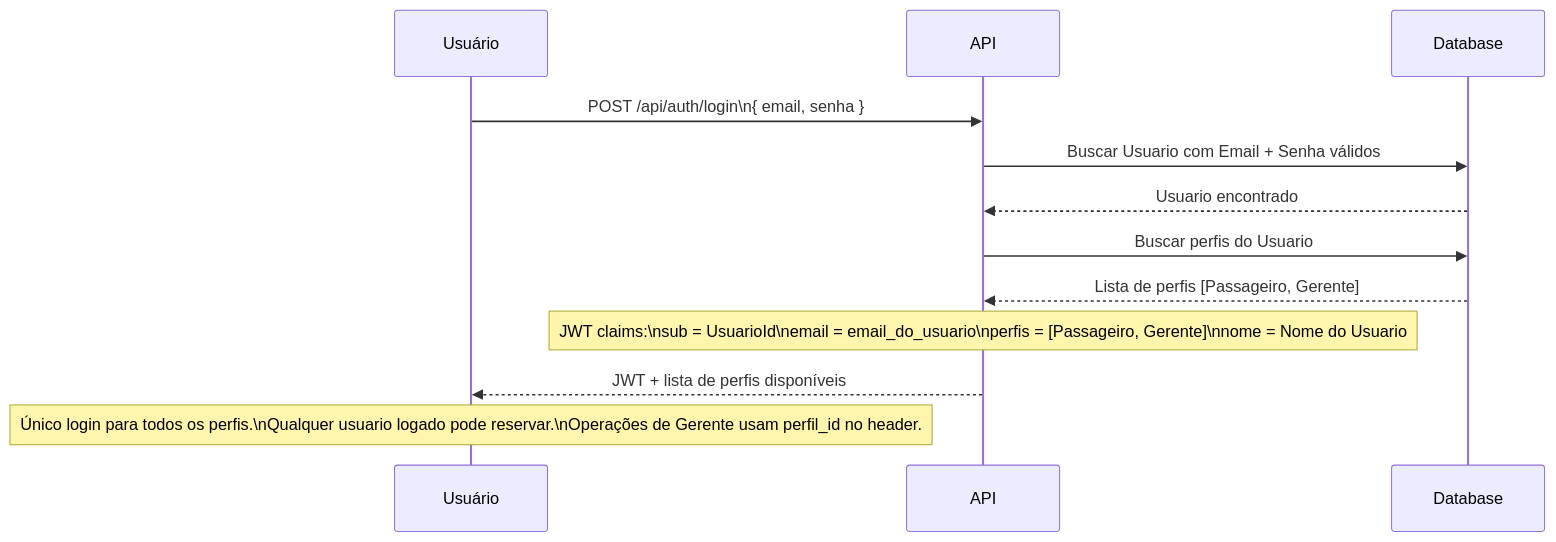
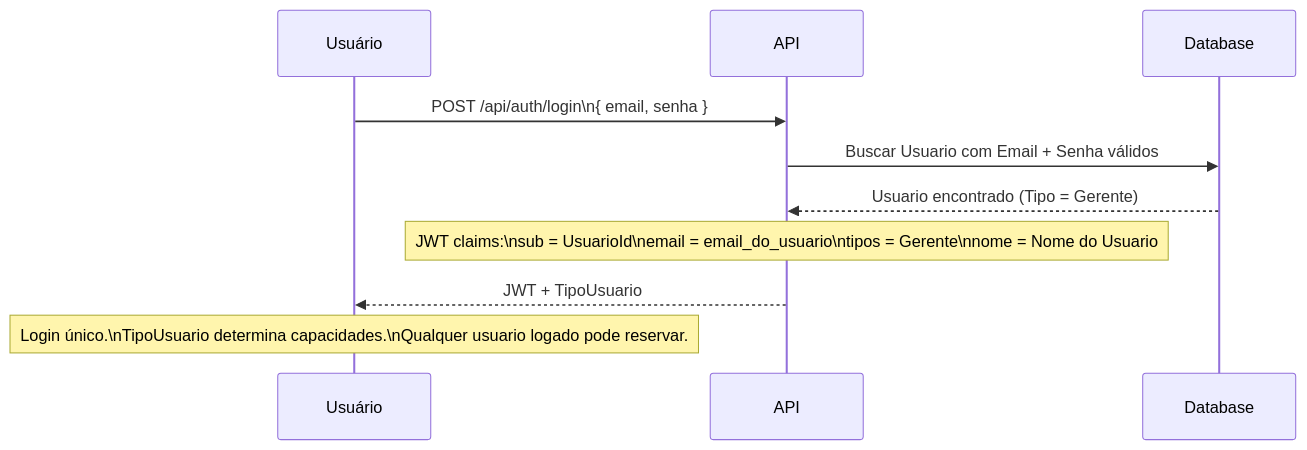
Before and after one commit to zico10-arthur/BackEnd-VanBora: the fourth of 5 diagrams in docs/technical-plan.md, drawn with Mermaid. The commit also changed other lines of this file and 35 other files, not shown here.

Commit message:
feat: alterações feitas no sistema para perfil unico do usuário e planejamento de como fazer o pagamento na documentação

````diff
--- a/docs/technical-plan.md
+++ b/docs/technical-plan.md
@@ -404,18 +388,16 @@
 ```mermaid
 sequenceDiagram
     participant U as Usuário
     participant API as API
     participant DB as Database
     
     U->>API: POST /api/auth/login\n{ email, senha }
     API->>DB: Buscar Usuario com Email + Senha válidos
-    DB-->>API: Usuario encontrado
-    API->>DB: Buscar perfis do Usuario
-    DB-->>API: Lista de perfis [Passageiro, Gerente]
+    DB-->>API: Usuario encontrado (Tipo = Gerente)
     
-    Note over API: JWT claims:\nsub = UsuarioId\nemail = email_do_usuario\nperfis = [Passageiro, Gerente]\nnome = Nome do Usuario
+    Note over API: JWT claims:\nsub = UsuarioId\nemail = email_do_usuario\ntipos = Gerente\nnome = Nome do Usuario
     
-    API-->>U: JWT + lista de perfis disponíveis
+    API-->>U: JWT + TipoUsuario
     
-    Note over U: Único login para todos os perfis.\nQualquer usuario logado pode reservar.\nOperações de Gerente usam perfil_id no header.
+    Note over U: Login único.\nTipoUsuario determina capacidades.\nQualquer usuario logado pode reservar.
 ```
````
